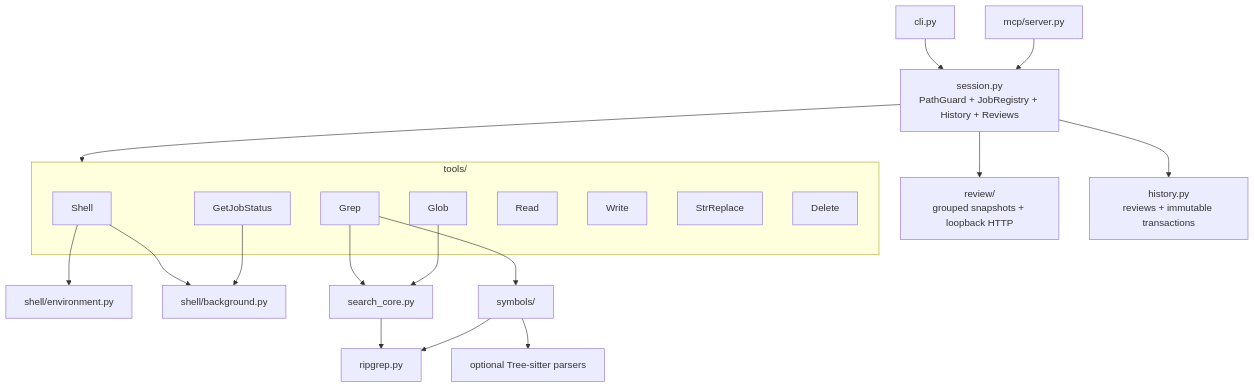
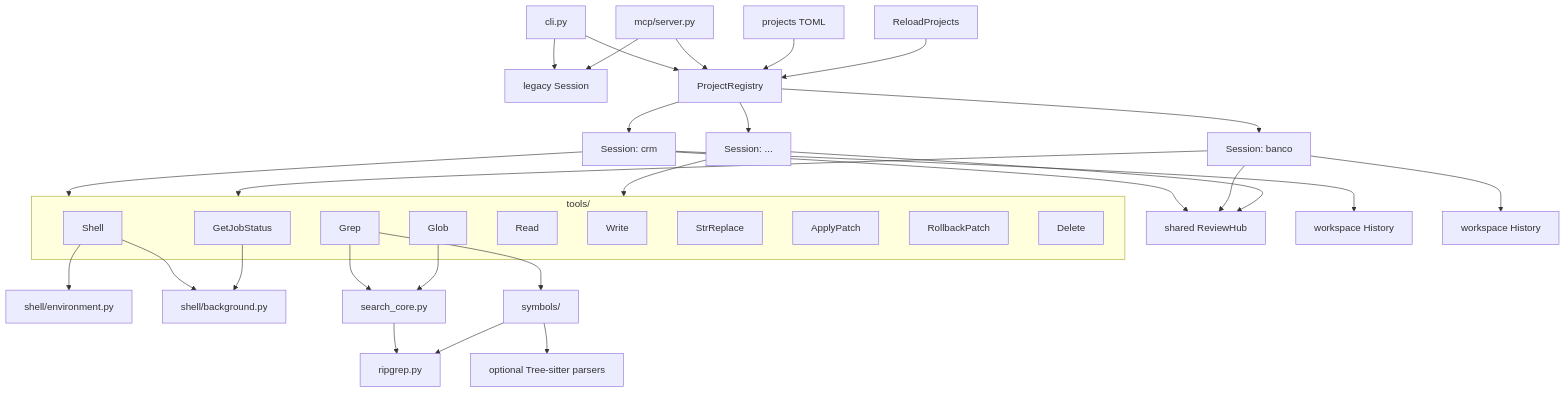
One commit to nandoripardo888/code-base changed the first of 2 diagrams in docs/architecture.md. Above: the diagram before and after it, drawn with Mermaid. The commit also changed other lines of this file and 32 other files, not shown here.

Commit message:
feat: add multi-project registry and MCP security

````diff
--- a/docs/architecture.md
+++ b/docs/architecture.md
@@ -6,27 +8,41 @@
 ```mermaid
 flowchart TB
-    CLI[cli.py] --> Session
-    MCP[mcp/server.py] --> Session
-    Session[session.py<br/>PathGuard + JobRegistry + History + Reviews] --> Tools
-    Session --> Review[review/<br/>grouped snapshots + loopback HTTP]
-    Session --> History[history.py<br/>reviews + immutable transactions]
+    CLI[cli.py] --> Legacy[legacy Session]
+    CLI --> Registry[ProjectRegistry]
+    MCP[mcp/server.py] --> Legacy
+    MCP --> Registry
+    Config[projects TOML] --> Registry
+    Reload[ReloadProjects] --> Registry
+    Registry --> CRM[Session: crm]
+    Registry --> DB[Session: banco]
+    Registry --> Other[Session: ...]
+    CRM --> Tools
+    DB --> Tools
+    Other --> Tools
+    CRM --> Hub[shared ReviewHub]
+    DB --> Hub
+    Other --> Hub
+    CRM --> HistoryA[workspace History]
+    DB --> HistoryB[workspace History]
     subgraph Tools [tools/]
         Shell
         GetJobStatus
         Grep
         Glob
         Read
         Write
         StrReplace
+        ApplyPatch
+        RollbackPatch
         Delete
     end
     Shell --> Env[shell/environment.py]
     Shell --> Jobs[shell/background.py]
     GetJobStatus --> Jobs
     Grep --> Core[search_core.py]
     Glob --> Core
     Core --> RG[ripgrep.py]
     Grep --> Symbols[symbols/]
     Symbols --> RG
     Symbols --> Parsers[optional Tree-sitter parsers]
 ```
````
